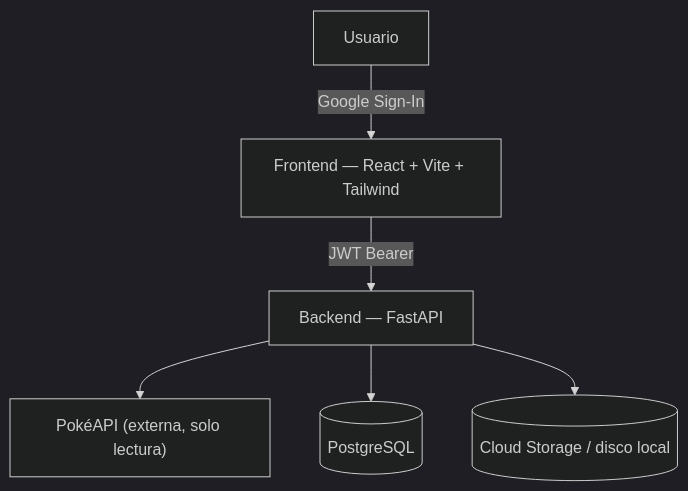
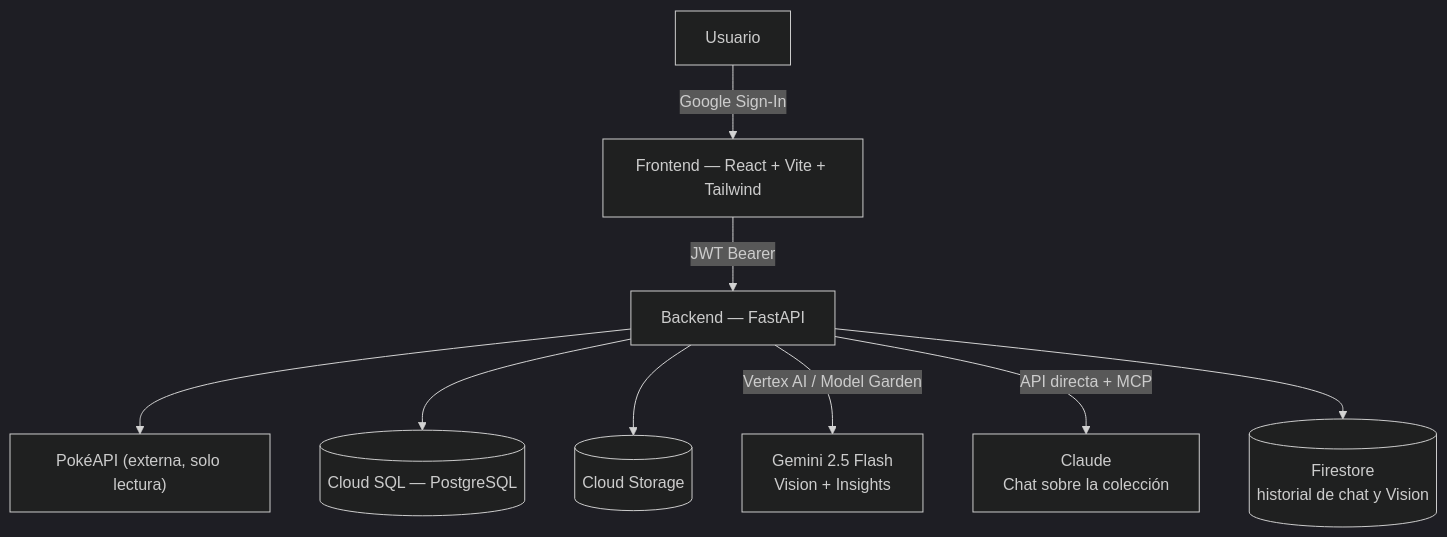
One commit to Adr1an-Garc1a/pokedex-manager changed the diagram in README.md. Above: the diagram before and after it, drawn with Mermaid (dark theme). The commit also changed other lines of this file and 10 other files, not shown here.

````diff
--- a/README.md
+++ b/README.md
@@ -7,8 +12,11 @@
 ```mermaid
 flowchart TD
     U["Usuario"] -->|Google Sign-In| FE["Frontend — React + Vite + Tailwind"]
     FE -->|JWT Bearer| BE["Backend — FastAPI"]
     BE --> PA["PokéAPI (externa, solo lectura)"]
-    BE --> DB[("PostgreSQL")]
-    BE --> GCS[("Cloud Storage / disco local")]
+    BE --> DB[("Cloud SQL — PostgreSQL")]
+    BE --> GCS[("Cloud Storage")]
+    BE -->|Vertex AI / Model Garden| GEM["Gemini 2.5 Flash<br/>Vision + Insights"]
+    BE -->|API directa + MCP| CL["Claude<br/>Chat sobre la colección"]
+    BE --> FS[("Firestore<br/>historial de chat y Vision")]
 ```
````
